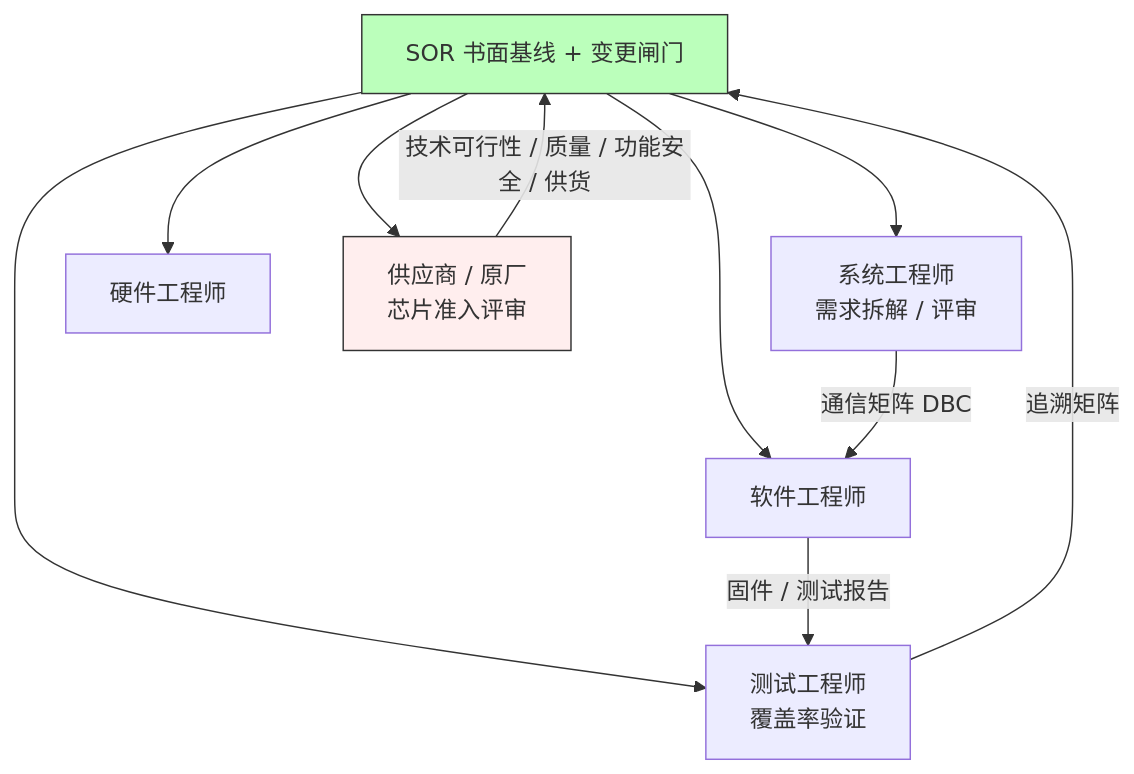
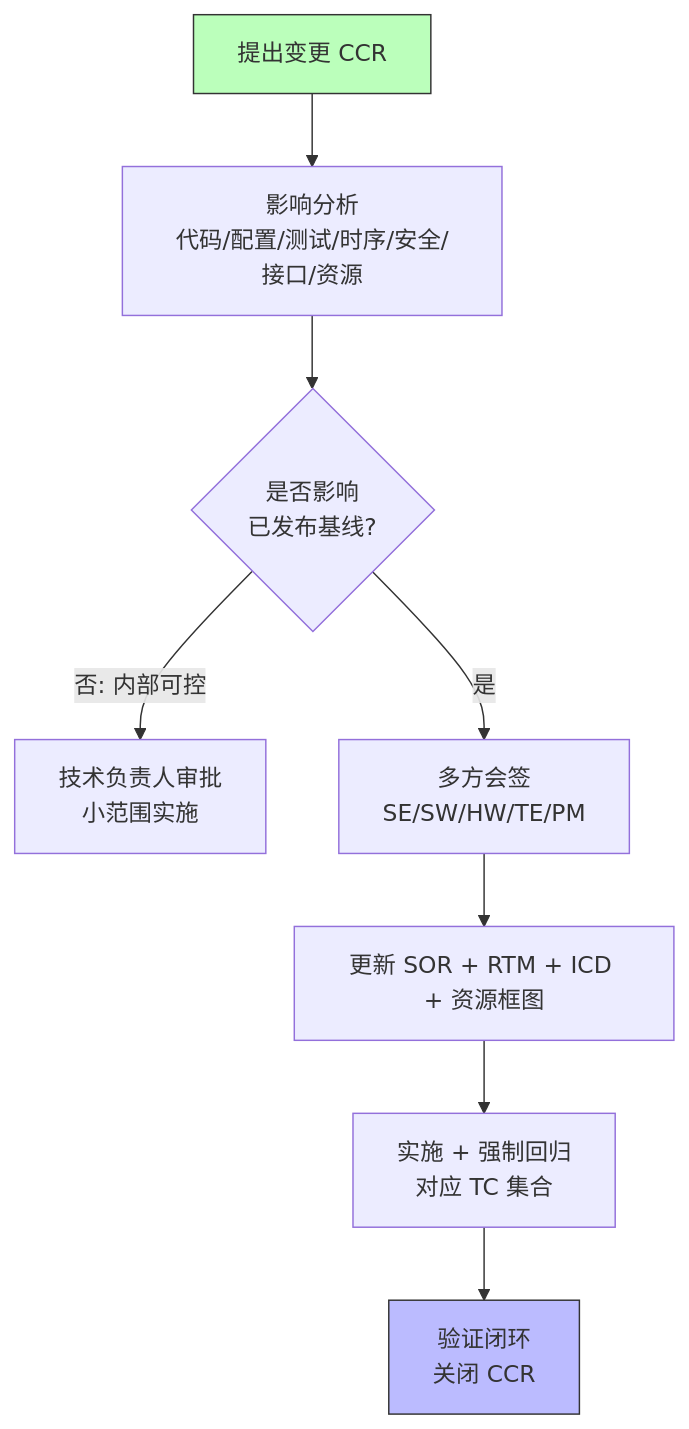
The eighth of 10 diagrams in articles/09-cross-team.md (1208826038/embedded-skill-notes), drawn with Mermaid before and after one commit. The commit also changed other lines of this file, not shown here.

````diff
--- a/articles/09-cross-team.md
+++ b/articles/09-cross-team.md
@@ -73,18 +915,12 @@
 ```mermaid
-graph TD
-    SOR["SOR 书面基线 + 变更闸门"]
-
-    SOR --> SYS["系统工程师<br/>需求拆解 / 评审"]
-    SOR --> HW["硬件工程师"]
-    SOR --> SW["软件工程师"]
-    SOR --> TEST["测试工程师<br/>覆盖率验证"]
-    SOR --> SUP["供应商 / 原厂<br/>芯片准入评审"]
-
-    SYS -->|"通信矩阵 DBC"| SW
-    SW -->|"固件 / 测试报告"| TEST
-    SUP -->|"技术可行性 / 质量 / 功能安全 / 供货"| SOR
-    TEST -->|"追溯矩阵"| SOR
-
-    style SOR fill:#bfb,stroke:#333
-    style SUP fill:#fee,stroke:#333
+flowchart TD
+    A["提出变更 CCR"] --> B["影响分析<br/>代码/配置/测试/时序/安全/接口/资源"]
+    B --> C{"是否影响<br/>已发布基线?"}
+    C -->|"否: 内部可控"| D["技术负责人审批<br/>小范围实施"]
+    C -->|"是"| E["多方会签<br/>SE/SW/HW/TE/PM"]
+    E --> F["更新 SOR + RTM + ICD + 资源框图"]
+    F --> G["实施 + 强制回归<br/>对应 TC 集合"]
+    G --> H["验证闭环<br/>关闭 CCR"]
+    style A fill:#bfb,stroke:#333
+    style H fill:#bbf,stroke:#333
 ```
````
